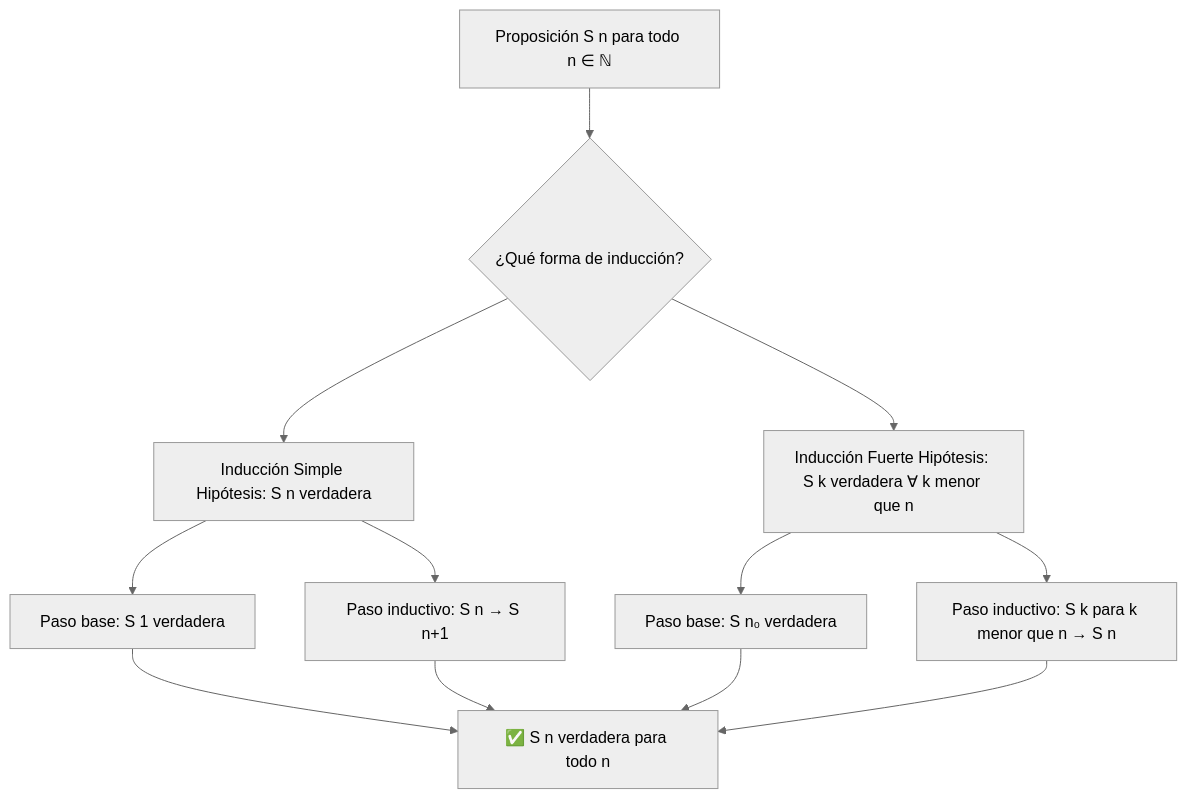
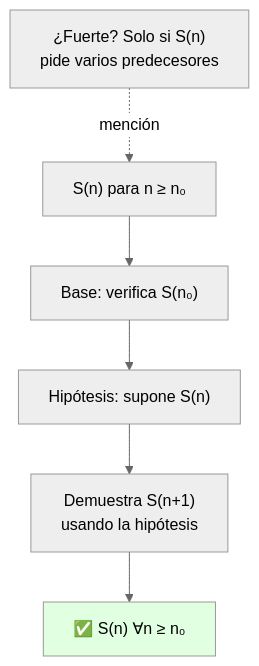
Before and after one commit to Fsteven22/Notas-de-Universidad-Freddy-Sanchez-: the diagram in Universidad/3er Semestre/Matemáticas Discretas/Unidad 1 - Logica y Conjuntos/III - Razonamiento Inductivo/03 - Inducción Matemática.md, drawn with Mermaid (neutral theme). The commit also changed other lines of this file, not shown here.

Commit message:
Discretas U1 Induccion: solo simple + 4 casos + SR

````diff
--- a/Universidad/3er Semestre/Matemáticas Discretas/Unidad 1 - Logica y Conjuntos/III - Razonamiento Inductivo/03 - Inducción Matemática.md
+++ b/Universidad/3er Semestre/Matemáticas Discretas/Unidad 1 - Logica y Conjuntos/III - Razonamiento Inductivo/03 - Inducción Matemática.md
@@ -216,19 +204,9 @@
 ```mermaid
-graph TD
-    A[Proposición S n para todo n ∈ ℕ] --> B{¿Qué forma de inducción?}
-
-    B --> C[Inducción Simple Hipótesis: S n verdadera]
-    B --> D[Inducción Fuerte Hipótesis: S k verdadera ∀ k menor que n]
-
-    C --> E[Paso base: S 1 verdadera]
-    C --> F[Paso inductivo: S n → S n+1]
-
-    D --> G[Paso base: S n₀ verdadera]
-    D --> H[Paso inductivo: S k para k menor que n → S n]
-
-    E --> I[✅ S n verdadera para todo n]
-    F --> I
-    G --> I
-    H --> I
-
+flowchart TD
+    A["S(n) para n ≥ n₀"] --> B["Base: verifica S(n₀)"]
+    B --> C["Hipótesis: supone S(n)"]
+    C --> D["Demuestra S(n+1)<br/>usando la hipótesis"]
+    D --> E["✅ S(n) ∀n ≥ n₀"]
+    F["¿Fuerte? Solo si S(n)<br/>pide varios predecesores"] -.mención.-> A
+    style E fill:#e1ffe1
 ```
````
